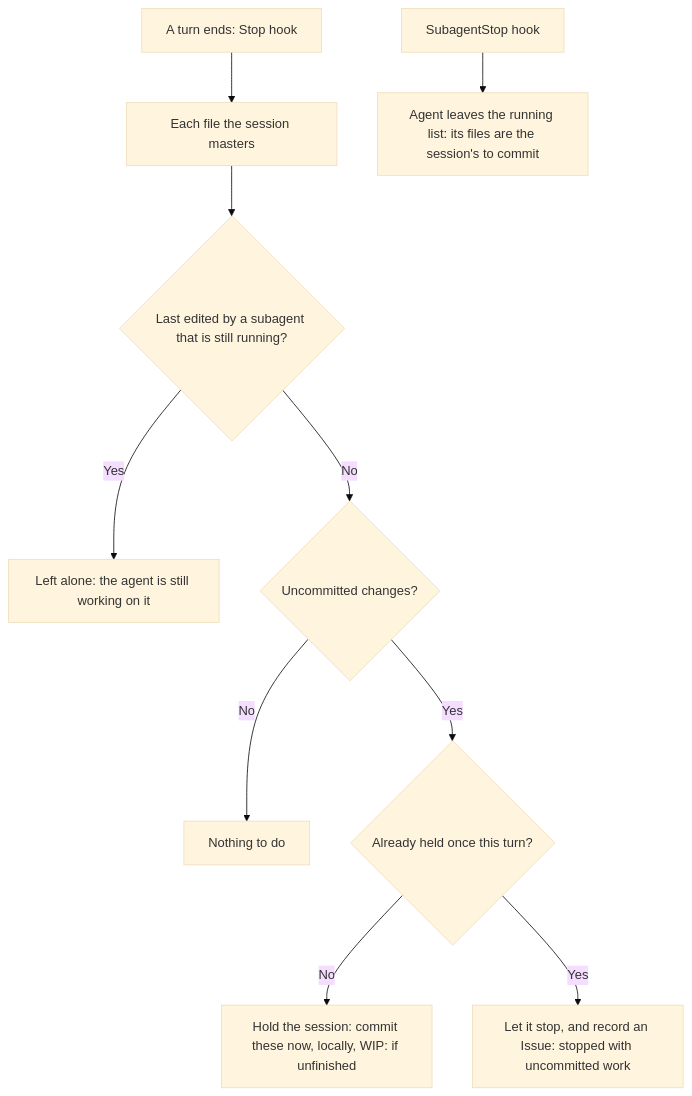
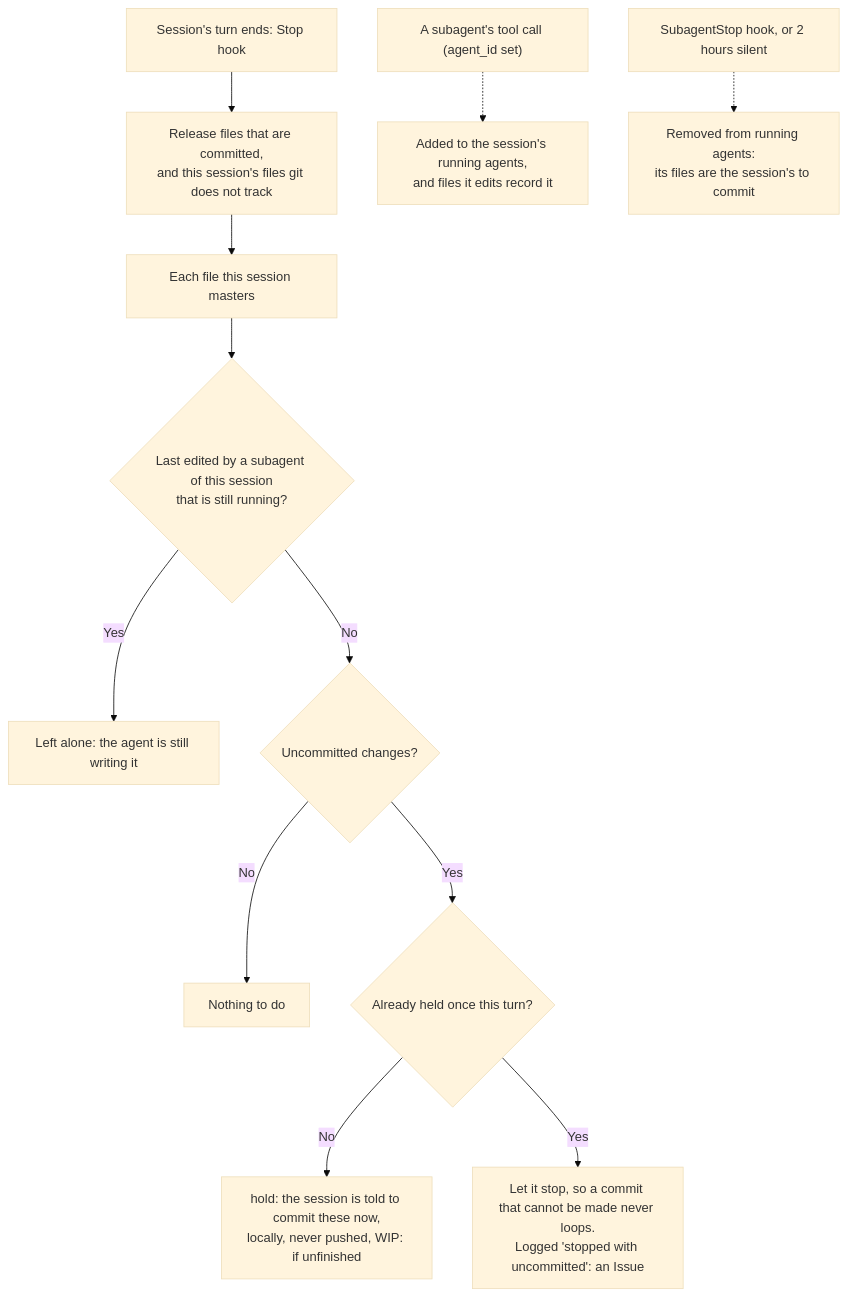
One commit to andrewbakercloudscale/claude-burst changed the fourth of 5 diagrams in README.md. Above: the diagram before and after it, drawn with Mermaid (base theme). The commit also changed other lines of this file and 4 other files, not shown here.

First line of the commit message:
README: how coordination's metrics and Issues work, with upgraded diagrams

````diff
--- a/README.md
+++ b/README.md
@@ -308,12 +342,14 @@
 ```mermaid
 flowchart TD
-    S[A turn ends: Stop hook] --> F[Each file the session masters]
-    F --> AG{Last edited by a subagent that is still running?}
-    AG -- Yes --> SKIP[Left alone: the agent is still working on it]
-    AG -- No --> DIRTY{Uncommitted changes?}
-    DIRTY -- No --> OK[Nothing to do]
-    DIRTY -- Yes --> HOLD{Already held once this turn?}
-    HOLD -- No --> ASK[Hold the session: commit these now, locally, WIP: if unfinished]
-    HOLD -- Yes --> LOG[Let it stop, and record an Issue: stopped with uncommitted work]
-    SA[SubagentStop hook] --> GONE[Agent leaves the running list: its files are the session's to commit]
+    S["Session's turn ends: Stop hook"] --> SET["Release files that are committed,<br/>and this session's files git does not track"]
+    SET --> F["Each file this session masters"]
+    F --> AG{"Last edited by a subagent of this session<br/>that is still running?"}
+    AG -- Yes --> SKIP["Left alone: the agent is still writing it"]
+    AG -- No --> DIRTY{"Uncommitted changes?"}
+    DIRTY -- No --> OK["Nothing to do"]
+    DIRTY -- Yes --> HOLD{"Already held once this turn?"}
+    HOLD -- No --> ASK["hold: the session is told to commit these now,<br/>locally, never pushed, WIP: if unfinished"]
+    HOLD -- Yes --> LOG["Let it stop, so a commit that cannot be made never loops.<br/>Logged 'stopped with uncommitted': an Issue"]
+    TC["A subagent's tool call (agent_id set)"] -.-> RUNNING["Added to the session's running agents,<br/>and files it edits record it"]
+    SA["SubagentStop hook, or 2 hours silent"] -.-> GONE["Removed from running agents:<br/>its files are the session's to commit"]
 ```
````
